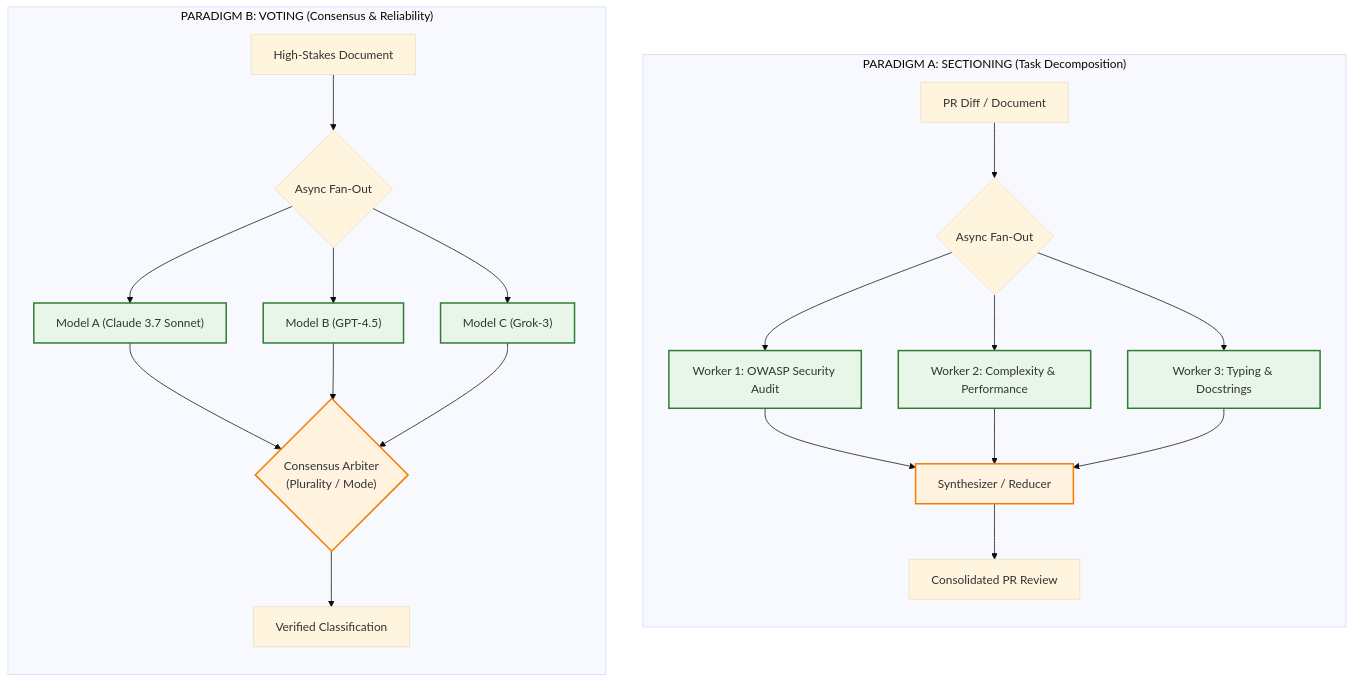
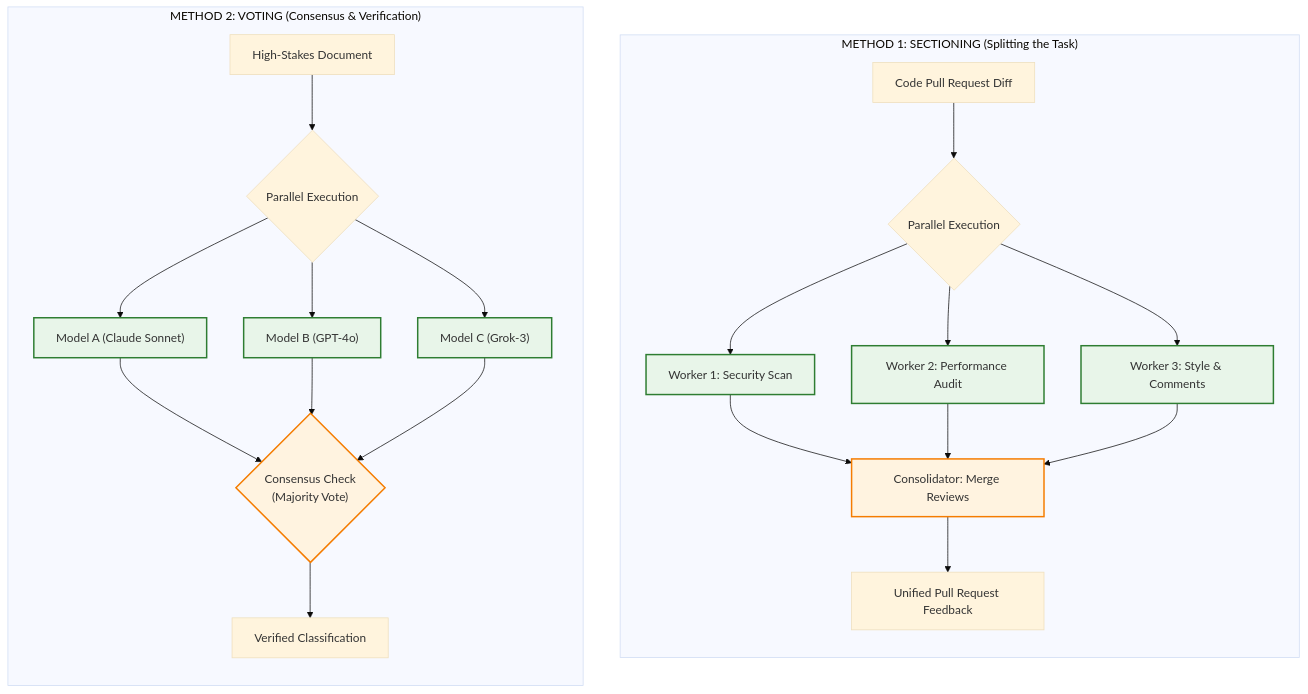
The sixth of 8 diagrams in 04-agentic-systems-and-orchestration/01-workflows-vs-agents-and-orchestration-patterns.md (dip4k/senior-engineer-to-ai-engineer-roadmap), drawn with Mermaid (base theme) before and after one commit. The commit also changed other lines of this file and 11 other files, not shown here.

````diff
--- a/04-agentic-systems-and-orchestration/01-workflows-vs-agents-and-orchestration-patterns.md
+++ b/04-agentic-systems-and-orchestration/01-workflows-vs-agents-and-orchestration-patterns.md
@@ -229,25 +222,25 @@
 ```mermaid
 flowchart TD
     classDef worker fill:#e8f5e9,stroke:#2e7d32,stroke-width:2px;
     classDef sync fill:#fff3e0,stroke:#f57c00,stroke-width:2px;
 
-    subgraph Sectioning["PARADIGM A: SECTIONING (Task Decomposition)"]
+    subgraph Sectioning["METHOD 1: SECTIONING (Splitting the Task)"]
         direction TB
-        A_Doc["PR Diff / Document"] --> FanOutA{"Async Fan-Out"}
-        FanOutA --> W1["Worker 1: OWASP Security Audit"]:::worker
-        FanOutA --> W2["Worker 2: Complexity & Performance"]:::worker
-        FanOutA --> W3["Worker 3: Typing & Docstrings"]:::worker
-        W1 & W2 & W3 --> ReducerA["Synthesizer / Reducer"]:::sync
-        ReducerA --> RepA["Consolidated PR Review"]
+        DocA["Code Pull Request Diff"] --> FanOutA{"Parallel Execution"}
+        FanOutA --> W1["Worker 1: Security Scan"]:::worker
+        FanOutA --> W2["Worker 2: Performance Audit"]:::worker
+        FanOutA --> W3["Worker 3: Style & Comments"]:::worker
+        W1 & W2 & W3 --> ReducerA["Consolidator: Merge Reviews"]:::sync
+        ReducerA --> RepA["Unified Pull Request Feedback"]
     end
 
-    subgraph Voting["PARADIGM B: VOTING (Consensus & Reliability)"]
+    subgraph Voting["METHOD 2: VOTING (Consensus & Verification)"]
         direction TB
-        B_Doc["High-Stakes Document"] --> FanOutB{"Async Fan-Out"}
-        FanOutB --> V1["Model A (Claude 3.7 Sonnet)"]:::worker
-        FanOutB --> V2["Model B (GPT-4.5)"]:::worker
+        DocB["High-Stakes Document"] --> FanOutB{"Parallel Execution"}
+        FanOutB --> V1["Model A (Claude Sonnet)"]:::worker
+        FanOutB --> V2["Model B (GPT-4o)"]:::worker
         FanOutB --> V3["Model C (Grok-3)"]:::worker
-        V1 & V2 & V3 --> Arbiter{"Consensus Arbiter\n(Plurality / Mode)"}:::sync
+        V1 & V2 & V3 --> Arbiter{"Consensus Check\n(Majority Vote)"}:::sync
         Arbiter --> RepB["Verified Classification"]
     end
 ```
````
